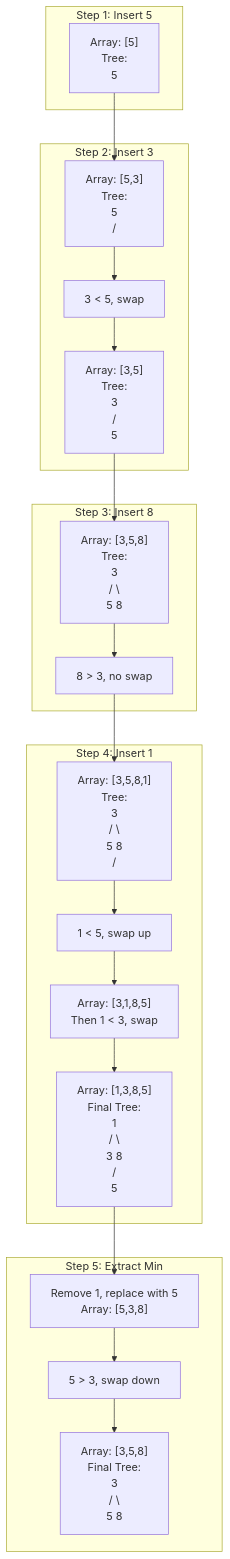
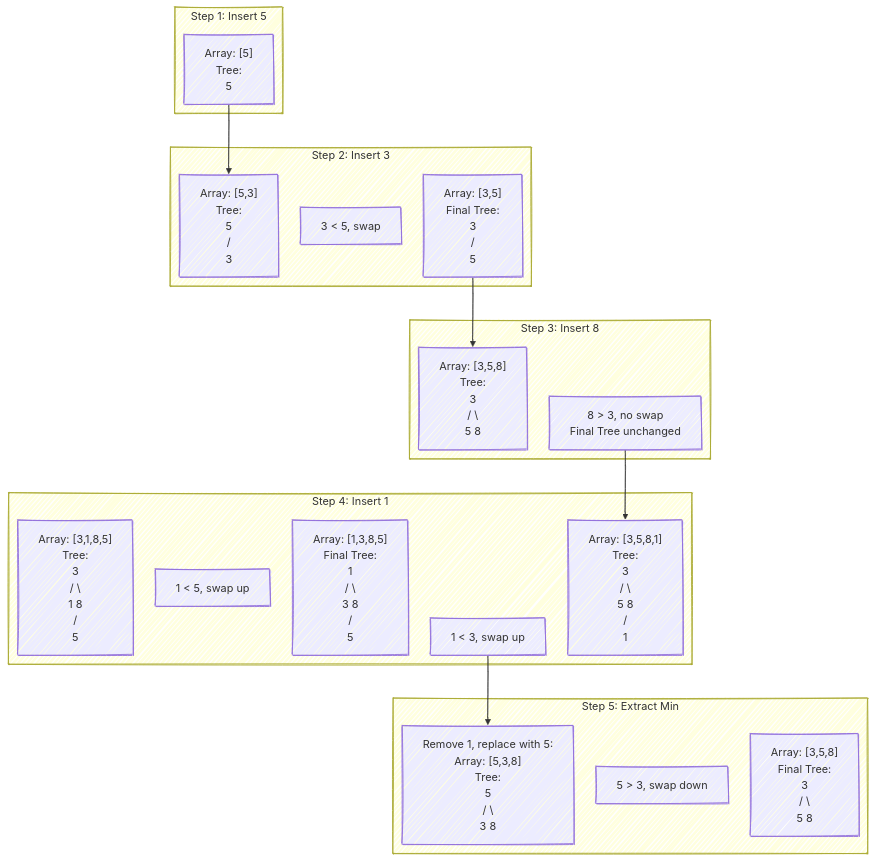
The third of 3 diagrams in jekyll/heaps-in-plain-language.md (jimmy706/junedang-blog-pages), drawn with Mermaid before and after one commit. The commit also changed other lines of this file and 1 other file, not shown here.

```diff
--- a/jekyll/heaps-in-plain-language.md
+++ b/jekyll/heaps-in-plain-language.md
@@ -103,39 +145,41 @@
 <pre class="mermaid">
+---
+config:
+    layout: elk
+    look: handDrawn
+---
 graph TD
     subgraph "Step 1: Insert 5"
         A1["Array: [5]<br>Tree:<br>5"]
     end
     
     subgraph "Step 2: Insert 3"
-        B1["Array: [5,3]<br>Tree:<br>  5<br> /"]
+        B1["Array: [5,3]<br>Tree:<br>  5<br> /<br>3"]
         B2["3 < 5, swap"]
-        B3["Array: [3,5]<br>Tree:<br>  3<br> /<br>5"]
-        B1 --> B2 --> B3
+        B3["Array: [3,5]<br>Final Tree:<br>  3<br> /<br>5"]
     end
     
     subgraph "Step 3: Insert 8"
-        C1["Array: [3,5,8]<br>Tree:<br>  3<br> / \<br>5   8"]
-        C2["8 > 3, no swap"]
-        C1 --> C2
+        C1["Array: [3,5,8]<br>Tree:<br>    3<br>   / \<br>  5   8"]
+        C2["8 > 3, no swap<br>Final Tree unchanged"]
     end
     
     subgraph "Step 4: Insert 1"
-        D1["Array: [3,5,8,1]<br>Tree:<br>    3<br>   / \<br>  5   8<br> /"]
+        D1["Array: [3,5,8,1]<br>Tree:<br>      3<br>     / \<br>    5   8<br>   /<br>  1"]
         D2["1 < 5, swap up"]
-        D3["Array: [3,1,8,5]<br>Then 1 < 3, swap"]
-        D4["Array: [1,3,8,5]<br>Final Tree:<br>    1<br>   / \<br>  3   8<br> /<br>5"]
-        D1 --> D2 --> D3 --> D4
+        D3["Array: [3,1,8,5]<br>Tree:<br>      3<br>     / \<br>    1   8<br>   /<br>  5"]
+        D4["1 < 3, swap up"]
+        D5["Array: [1,3,8,5]<br>Final Tree:<br>      1<br>     / \<br>    3   8<br>   /<br>  5"]
     end
     
     subgraph "Step 5: Extract Min"
-        E1["Remove 1, replace with 5<br>Array: [5,3,8]"]
+        E1["Remove 1, replace with 5:<br>Array: [5,3,8]<br>Tree:<br>      5<br>     / \<br>    3   8"]
         E2["5 > 3, swap down"]
-        E3["Array: [3,5,8]<br>Final Tree:<br>  3<br> / \<br>5   8"]
-        E1 --> E2 --> E3
+        E3["Array: [3,5,8]<br>Final Tree:<br>      3<br>     / \<br>    5   8"]
     end
     
     A1 --> B1
     B3 --> C1
     C2 --> D1
     D4 --> E1
 </pre>
```
